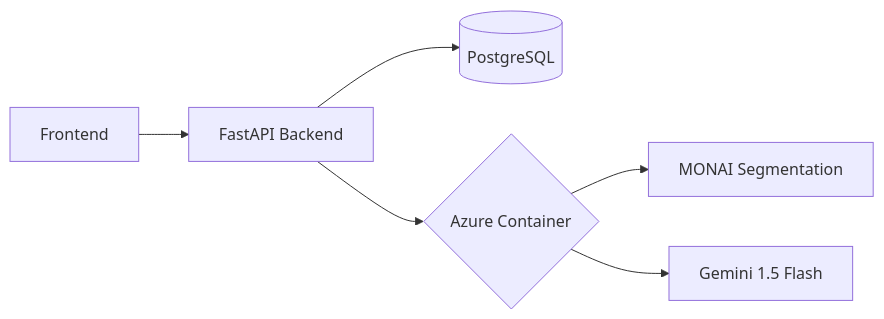
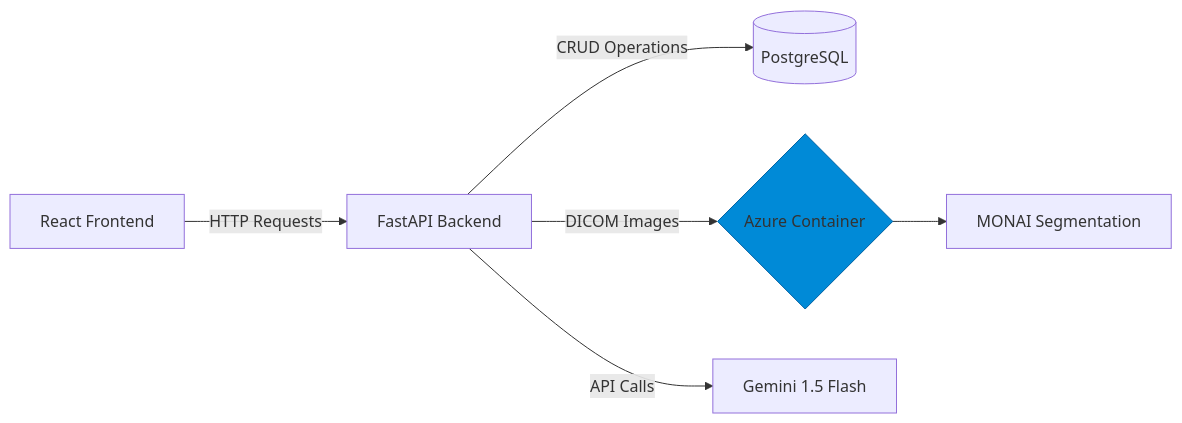
One commit to manasvi-tech/ai_imaging_assistant changed the first of 2 diagrams in README.md. Above: the diagram before and after it, drawn with Mermaid. The commit also changed other lines of this file and 2 other files, not shown here.

````diff
--- a/README.md
+++ b/README.md
@@ -330,8 +289,11 @@
 ```mermaid
 graph LR
-    A[Frontend] --> B[FastAPI Backend]
-    B --> C[(PostgreSQL)]
-    B --> D{Azure Container}
+    A[React Frontend] -->|HTTP Requests| B[FastAPI Backend]
+    B -->|CRUD Operations| C[(PostgreSQL)]
+    B -->|DICOM Images| D{Azure Container}
     D --> E[MONAI Segmentation]
-    D --> F[Gemini 1.5 Flash]
+    B -->|API Calls| F[Gemini 1.5 Flash]
+    
+    style D fill:#008AD7,stroke:#0062A3
+
 ```
````
